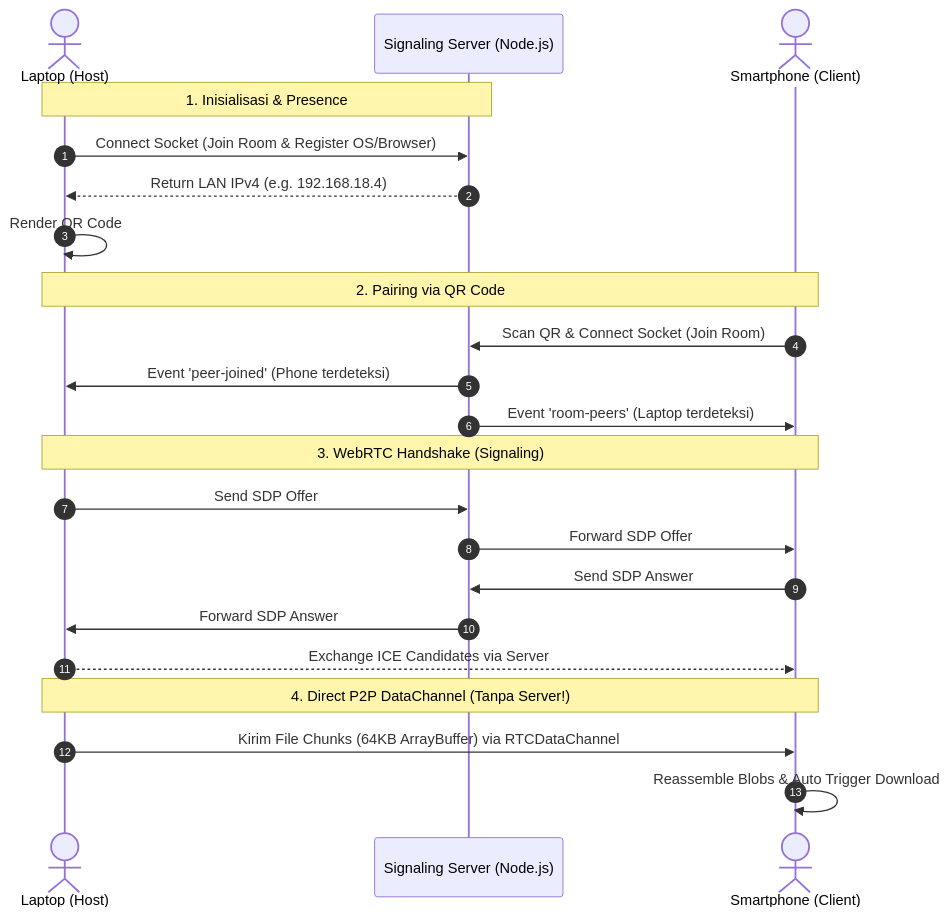
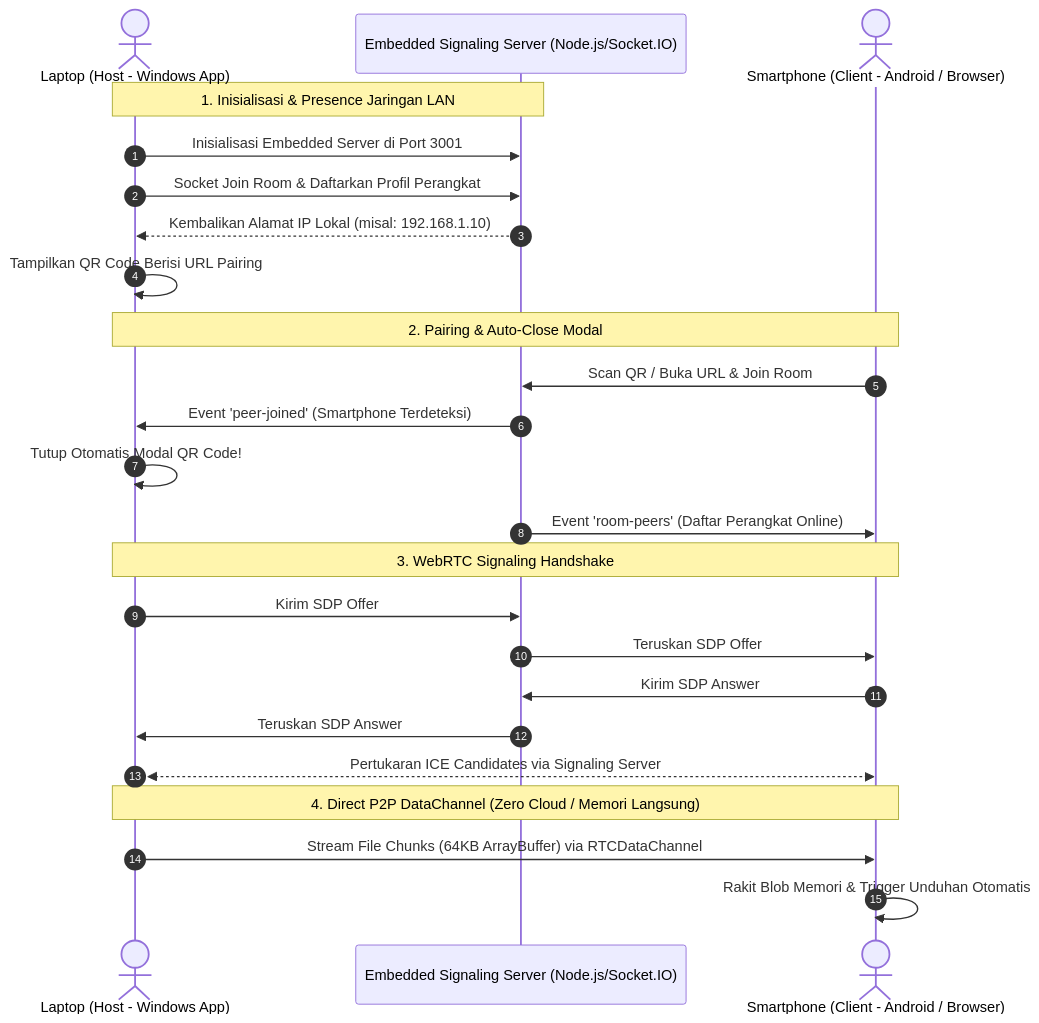
The first of 2 diagrams in README.md (EdvanVPRoject/ENCross), drawn with Mermaid before and after one commit. The commit also changed other lines of this file and 12 other files, not shown here.

Commit message:
feat: rebrand to VNCross, add auto-closing QR, LAN APK download, mobile layout fixes, and professional README with author profile

````diff
--- a/README.md
+++ b/README.md
@@ -37,28 +69,30 @@
 ```mermaid
 sequenceDiagram
     autonumber
-    actor Laptop as Laptop (Host)
-    participant Server as Signaling Server (Node.js)
-    actor Phone as Smartphone (Client)
+    actor Laptop as Laptop (Host - Windows App)
+    participant Server as Embedded Signaling Server (Node.js/Socket.IO)
+    actor Phone as Smartphone (Client - Android / Browser)
 
-    Note over Laptop,Server: 1. Inisialisasi & Presence
-    Laptop->>Server: Connect Socket (Join Room & Register OS/Browser)
-    Server-->>Laptop: Return LAN IPv4 (e.g. 192.168.18.4)
-    Laptop->>Laptop: Render QR Code
+    Note over Laptop,Server: 1. Inisialisasi & Presence Jaringan LAN
+    Laptop->>Server: Inisialisasi Embedded Server di Port 3001
+    Laptop->>Server: Socket Join Room & Daftarkan Profil Perangkat
+    Server-->>Laptop: Kembalikan Alamat IP Lokal (misal: 192.168.1.10)
+    Laptop->>Laptop: Tampilkan QR Code Berisi URL Pairing
 
-    Note over Phone,Laptop: 2. Pairing via QR Code
-    Phone->>Server: Scan QR & Connect Socket (Join Room)
-    Server->>Laptop: Event 'peer-joined' (Phone terdeteksi)
-    Server->>Phone: Event 'room-peers' (Laptop terdeteksi)
+    Note over Phone,Laptop: 2. Pairing & Auto-Close Modal
+    Phone->>Server: Scan QR / Buka URL & Join Room
+    Server->>Laptop: Event 'peer-joined' (Smartphone Terdeteksi)
+    Laptop->>Laptop: Tutup Otomatis Modal QR Code!
+    Server->>Phone: Event 'room-peers' (Daftar Perangkat Online)
 
-    Note over Laptop,Phone: 3. WebRTC Handshake (Signaling)
-    Laptop->>Server: Send SDP Offer
-    Server->>Phone: Forward SDP Offer
-    Phone->>Server: Send SDP Answer
-    Server->>Laptop: Forward SDP Answer
-    Laptop-->>Phone: Exchange ICE Candidates via Server
+    Note over Laptop,Phone: 3. WebRTC Signaling Handshake
+    Laptop->>Server: Kirim SDP Offer
+    Server->>Phone: Teruskan SDP Offer
+    Phone->>Server: Kirim SDP Answer
+    Server->>Laptop: Teruskan SDP Answer
+    Laptop<<-->>Phone: Pertukaran ICE Candidates via Signaling Server
 
-    Note over Laptop,Phone: 4. Direct P2P DataChannel (Tanpa Server!)
-    Laptop->>Phone: Kirim File Chunks (64KB ArrayBuffer) via RTCDataChannel
-    Phone->>Phone: Reassemble Blobs & Auto Trigger Download
+    Note over Laptop,Phone: 4. Direct P2P DataChannel (Zero Cloud / Memori Langsung)
+    Laptop->>Phone: Stream File Chunks (64KB ArrayBuffer) via RTCDataChannel
+    Phone->>Phone: Rakit Blob Memori & Trigger Unduhan Otomatis
 ```
````
